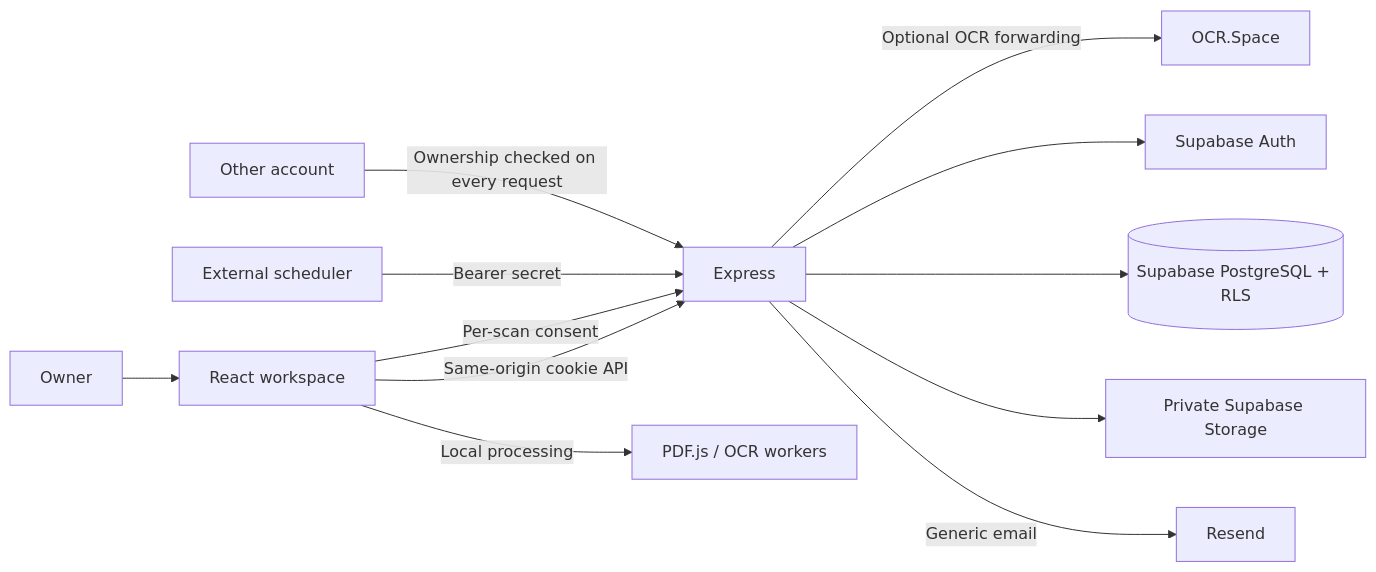
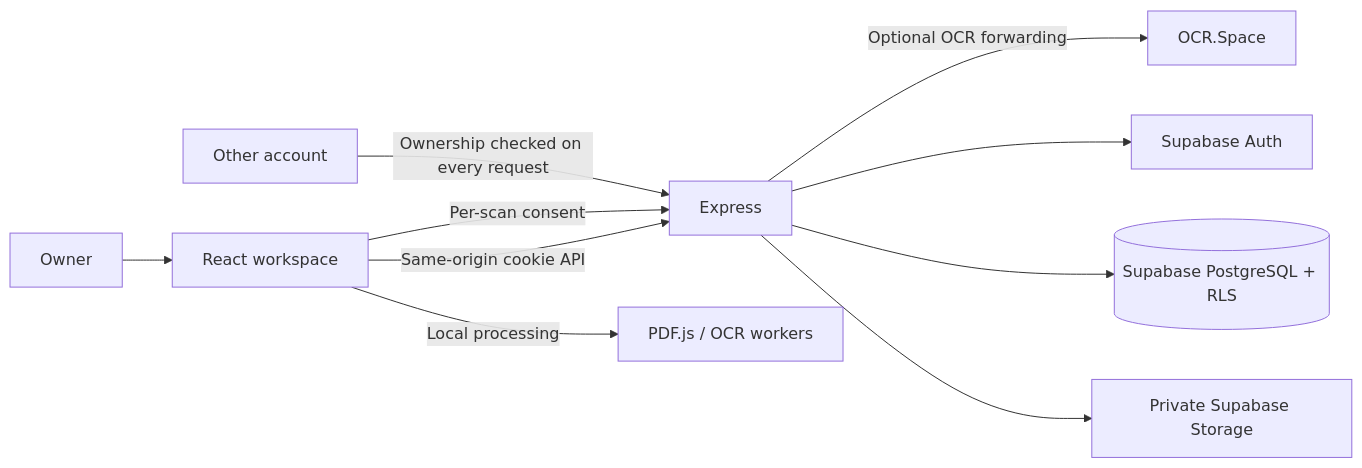
Before and after one commit to adrock18/medivault: the first of 3 diagrams in docs/architecture.md, drawn with Mermaid. The commit also changed other lines of this file and 31 other files, not shown here.

````diff
--- a/docs/architecture.md
+++ b/docs/architecture.md
@@ -27,14 +34,12 @@
 ```mermaid
 flowchart LR
   Person["Owner"] --> Browser["React workspace"]
   Browser -->|"Same-origin cookie API"| Express["Express"]
   Browser -->|"Local processing"| Workers["PDF.js / OCR workers"]
   Browser -->|"Per-scan consent"| Express
   Express -->|"Optional OCR forwarding"| OCR["OCR.Space"]
   Express --> Auth["Supabase Auth"]
   Express --> DB[("Supabase PostgreSQL + RLS")]
   Express --> Documents["Private Supabase Storage"]
-  Scheduler["External scheduler"] -->|"Bearer secret"| Express
-  Express -->|"Generic email"| Resend["Resend"]
   Other["Other account"] -->|"Ownership checked on every request"| Express
 ```
````
